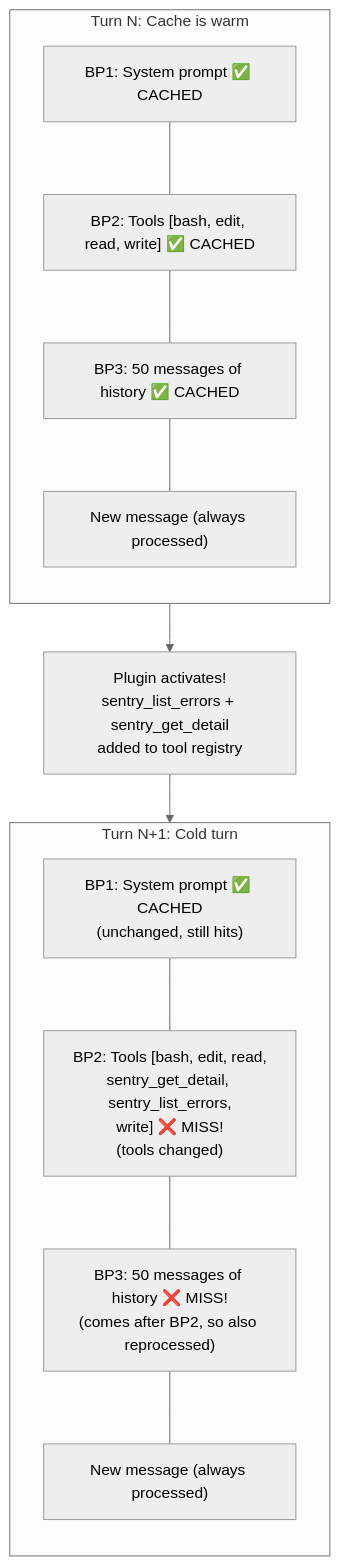
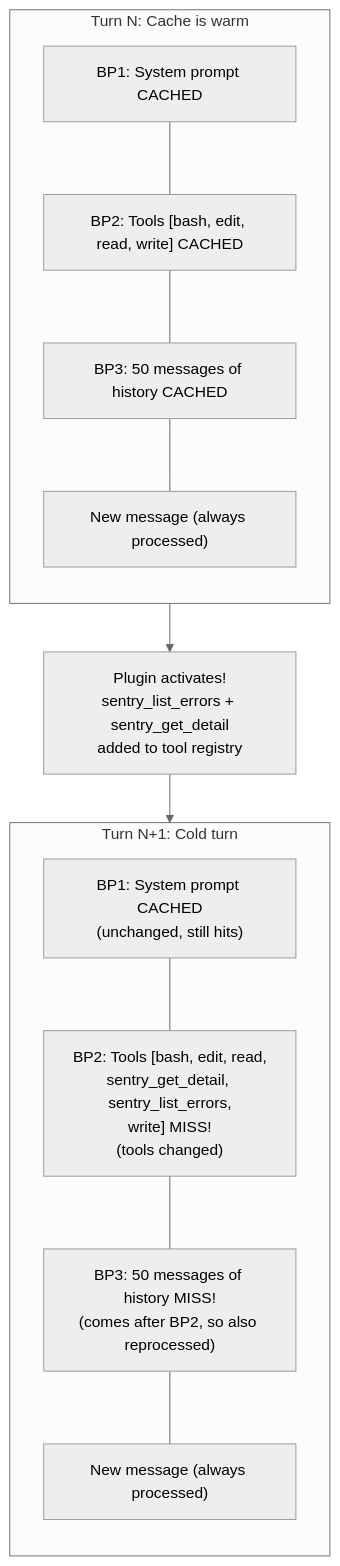
The seventh of 17 diagrams in context-management.md (2kages/agent-learning), drawn with Mermaid (neutral theme) before and after one commit. The commit also changed other lines of this file and 2 other files, not shown here.

````diff
--- a/context-management.md
+++ b/context-management.md
@@ -169,24 +260,24 @@
 ```mermaid
 flowchart TD
     subgraph BEFORE ["Turn N: Cache is warm"]
         direction TB
-        B1["BP1: System prompt ✅ CACHED"]
-        B2["BP2: Tools [bash, edit, read, write] ✅ CACHED"]
-        B3["BP3: 50 messages of history ✅ CACHED"]
+        B1["BP1: System prompt CACHED"]
+        B2["BP2: Tools [bash, edit, read, write] CACHED"]
+        B3["BP3: 50 messages of history CACHED"]
         B4["New message (always processed)"]
         B1 --- B2 --- B3 --- B4
     end
 
     ACTIVATE["Plugin activates!<br/>sentry_list_errors + sentry_get_detail<br/>added to tool registry"]
 
     subgraph AFTER ["Turn N+1: Cold turn"]
         direction TB
-        A1["BP1: System prompt ✅ CACHED<br/>(unchanged, still hits)"]
-        A2["BP2: Tools [bash, edit, read,<br/>sentry_get_detail, sentry_list_errors,<br/>write] ❌ MISS!<br/>(tools changed)"]
-        A3["BP3: 50 messages of history ❌ MISS!<br/>(comes after BP2, so also reprocessed)"]
+        A1["BP1: System prompt CACHED<br/>(unchanged, still hits)"]
+        A2["BP2: Tools [bash, edit, read,<br/>sentry_get_detail, sentry_list_errors,<br/>write] MISS!<br/>(tools changed)"]
+        A3["BP3: 50 messages of history MISS!<br/>(comes after BP2, so also reprocessed)"]
         A4["New message (always processed)"]
         A1 --- A2 --- A3 --- A4
     end
 
     BEFORE --> ACTIVATE --> AFTER
 ```
````
